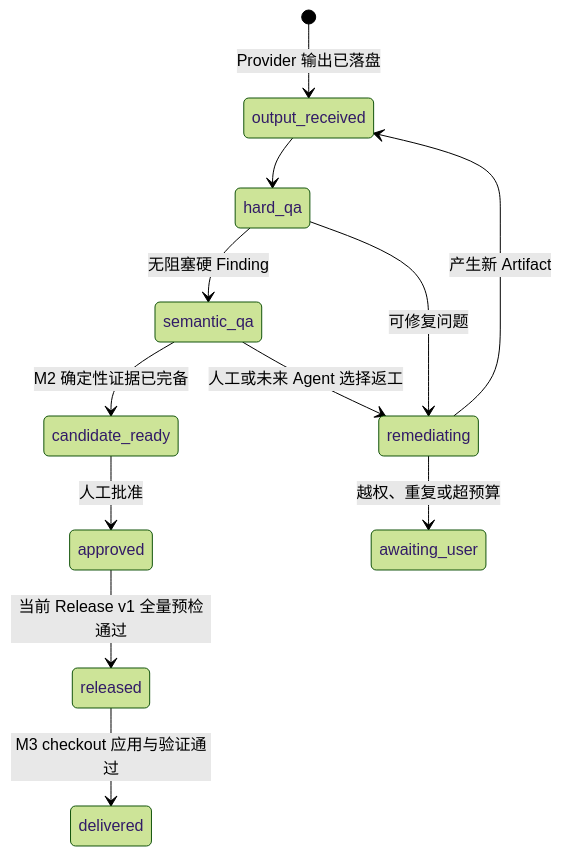
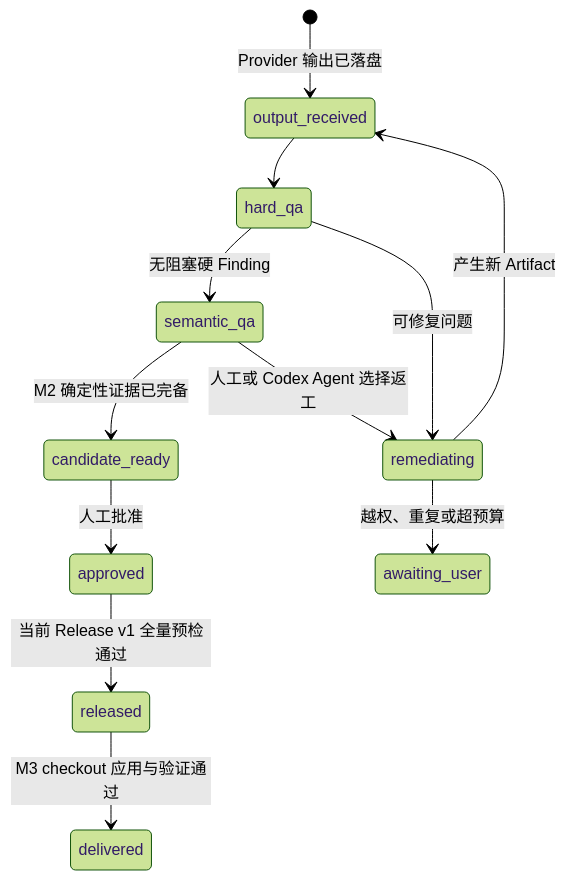
One commit to PYPARA/Game-Asset-Management-System changed the second of 3 diagrams in docs/system-logic.md. Above: the diagram before and after it, drawn with Mermaid (forest theme). The commit also changed other lines of this file and 22 other files, not shown here.

````diff
--- a/docs/system-logic.md
+++ b/docs/system-logic.md
@@ -147,14 +147,14 @@
 ```mermaid
 stateDiagram-v2
     [*] --> output_received: Provider 输出已落盘
     output_received --> hard_qa
     hard_qa --> semantic_qa: 无阻塞硬 Finding
     hard_qa --> remediating: 可修复问题
     semantic_qa --> candidate_ready: M2 确定性证据已完备
-    semantic_qa --> remediating: 人工或未来 Agent 选择返工
+    semantic_qa --> remediating: 人工或 Codex Agent 选择返工
     remediating --> output_received: 产生新 Artifact
     remediating --> awaiting_user: 越权、重复或超预算
     candidate_ready --> approved: 人工批准
     approved --> released: 当前 Release v1 全量预检通过
     released --> delivered: M3 checkout 应用与验证通过
 ```
````
